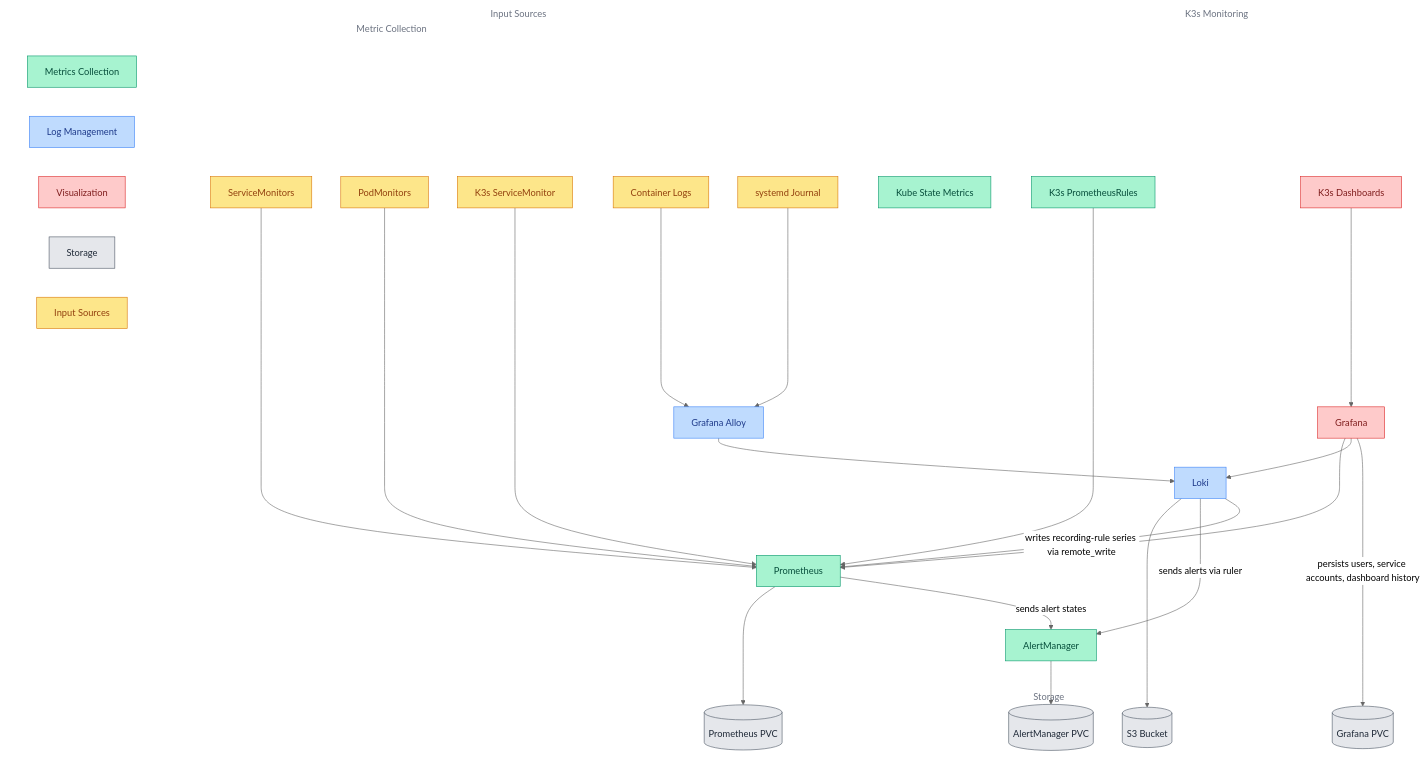
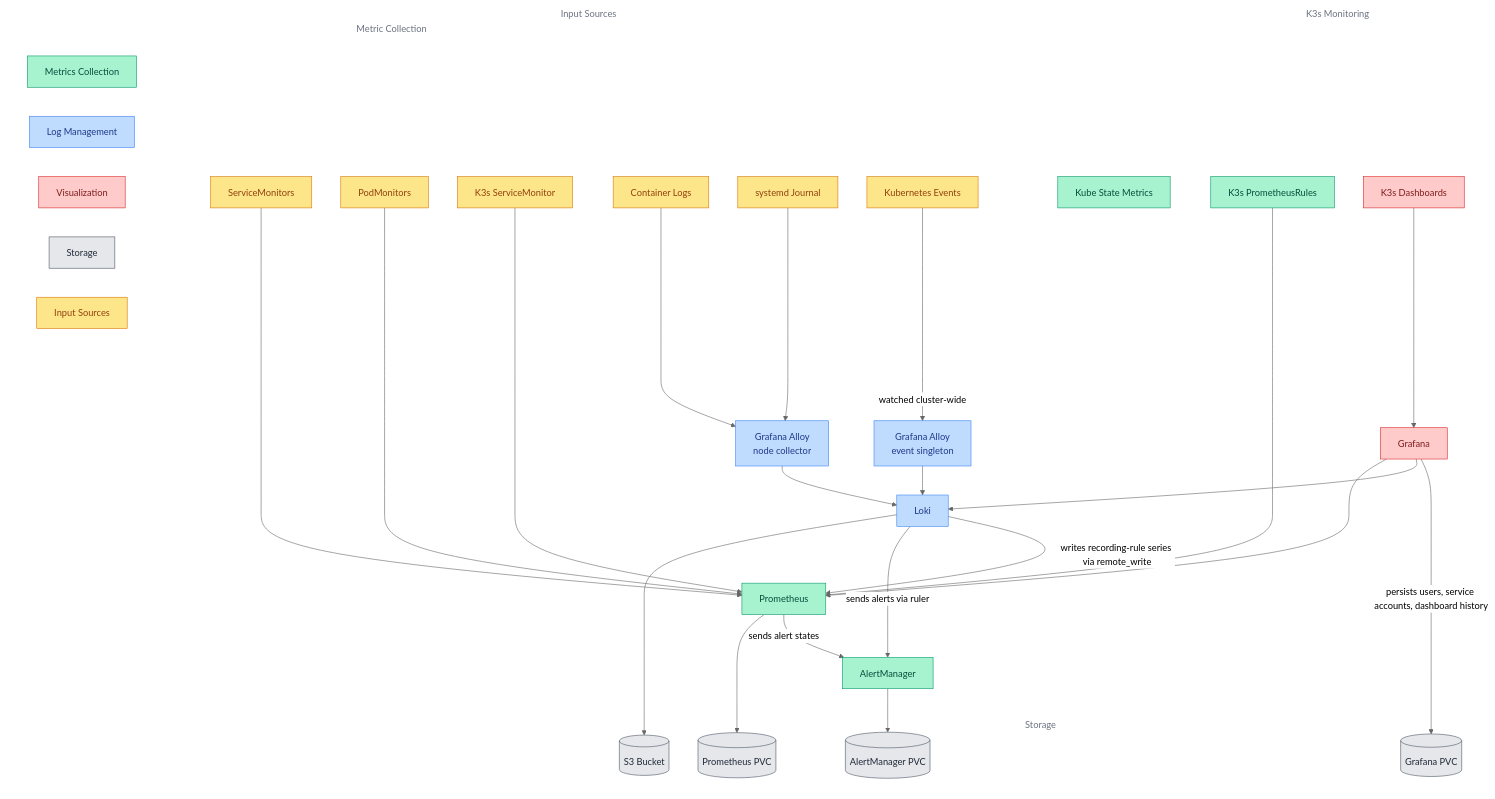
One commit to ppat/homelab-ops-kubernetes-apps changed the diagram in infrastructure/subsystems/observability-core/README.md. Above: the diagram before and after it, drawn with Mermaid (neutral theme). The commit also changed other lines of this file and 11 other files, not shown here.

```diff
--- a/infrastructure/subsystems/observability-core/README.md
+++ b/infrastructure/subsystems/observability-core/README.md
@@ -63,6 +64,7 @@
     subgraph inputs[Input Sources]
         container_logs[Container Logs]:::input
         journal_logs[systemd Journal]:::input
+        k8s_events[Kubernetes Events]:::input
         subgraph metric_collection[Metric Collection]
             servicemonitors[ServiceMonitors]:::input
             podmonitors[PodMonitors]:::input
@@ -83,7 +85,8 @@
 
     %% Logging Components
     loki[Loki]:::logs
-    alloy[Grafana Alloy]:::logs
+    alloy[Grafana Alloy<br>node collector]:::logs
+    alloy_events[Grafana Alloy<br>event singleton]:::logs
 
     %% Visualization
     grafana[Grafana]:::viz
@@ -98,7 +101,8 @@
 
     %% Data Flow Relationships
     container_logs & journal_logs --> alloy
-    alloy --> loki
+    k8s_events -- "watched cluster-wide" --> alloy_events
+    alloy & alloy_events --> loki
     loki --> s3_bucket
     loki -- "sends alerts via ruler" --> alertmanager
     loki -- "writes recording-rule series via remote_write" --> prometheus
```
